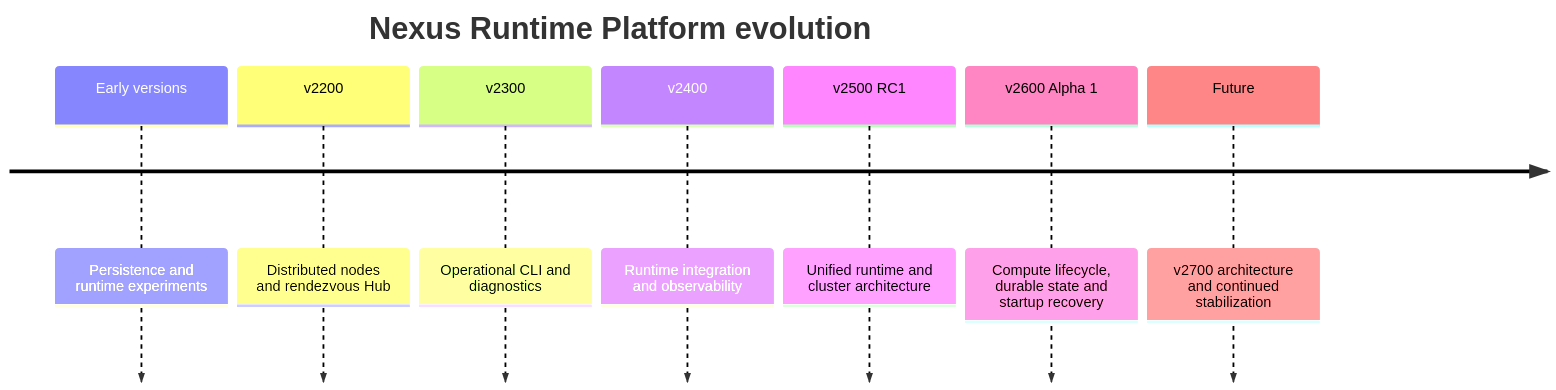
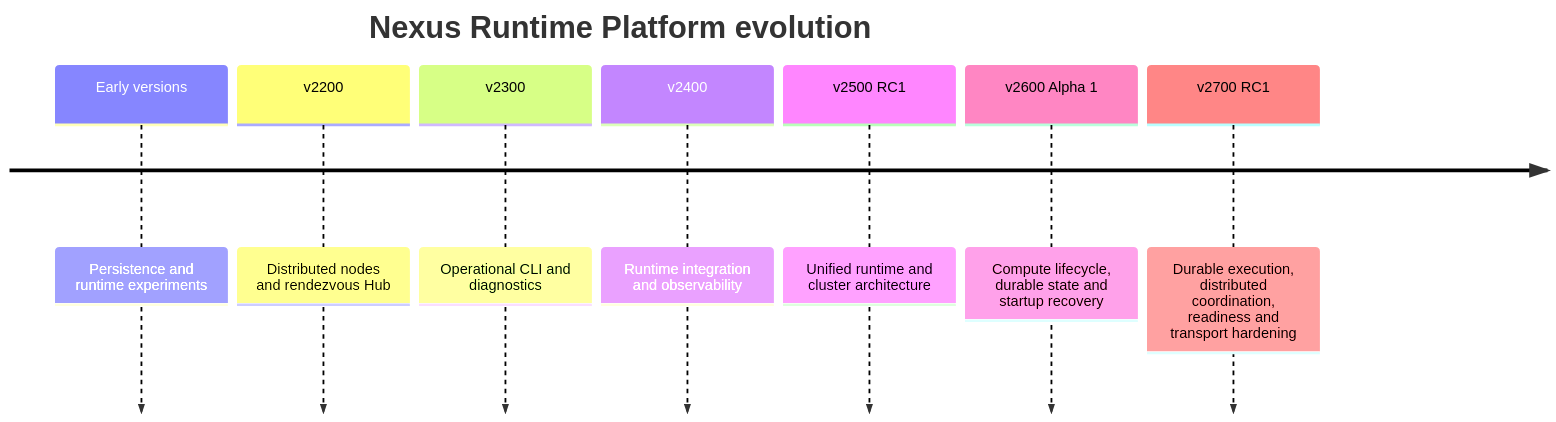
Before and after one commit to gutembergpb27/Termux-nexus: the second of 2 diagrams in README.md, drawn with Mermaid. The commit also changed other lines of this file and 3 other files, not shown here.

````diff
--- a/README.md
+++ b/README.md
@@ -353,11 +353,11 @@
 ```mermaid
 timeline
     title Nexus Runtime Platform evolution
     Early versions : Persistence and runtime experiments
     v2200 : Distributed nodes and rendezvous Hub
     v2300 : Operational CLI and diagnostics
     v2400 : Runtime integration and observability
     v2500 RC1 : Unified runtime and cluster architecture
     v2600 Alpha 1 : Compute lifecycle, durable state and startup recovery
-    Future : v2700 architecture and continued stabilization
+    v2700 RC1 : Durable execution, distributed coordination, readiness and transport hardening
 ```
````
